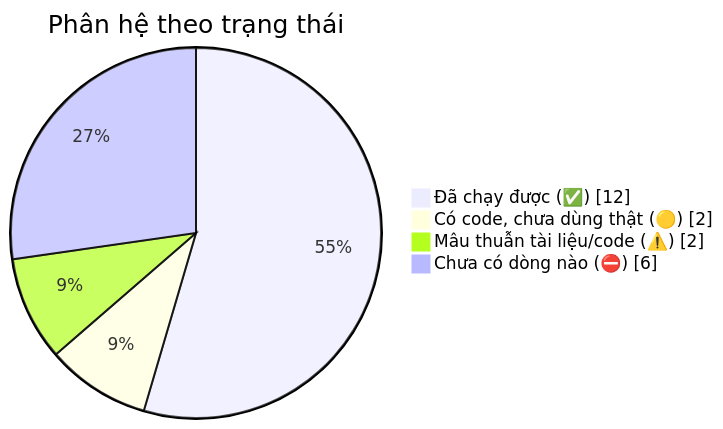
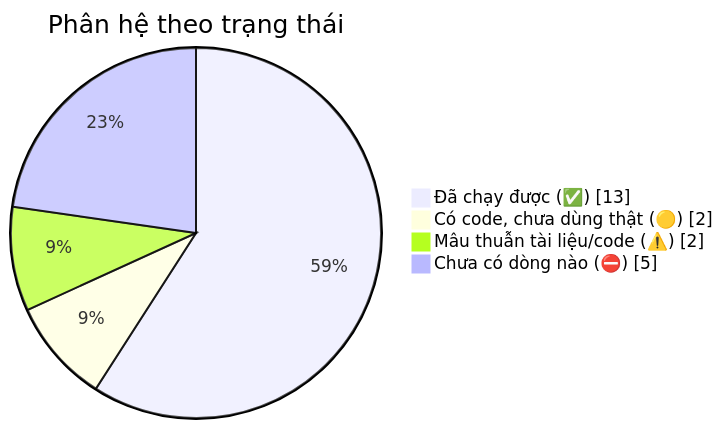
The fourth of 4 diagrams in docs/diagram/20-overview.md (fdshn/trueheart), drawn with Mermaid before and after one commit. The commit also changed other lines of this file and 24 other files, not shown here.

````diff
--- a/docs/diagram/20-overview.md
+++ b/docs/diagram/20-overview.md
@@ -136,8 +134,8 @@
 ```mermaid
 pie showData
     title Phân hệ theo trạng thái
-    "Đã chạy được (✅)" : 12
+    "Đã chạy được (✅)" : 13
     "Có code, chưa dùng thật (🟡)" : 2
     "Mâu thuẫn tài liệu/code (⚠️)" : 2
-    "Chưa có dòng nào (⛔)" : 6
+    "Chưa có dòng nào (⛔)" : 5
 ```
````
